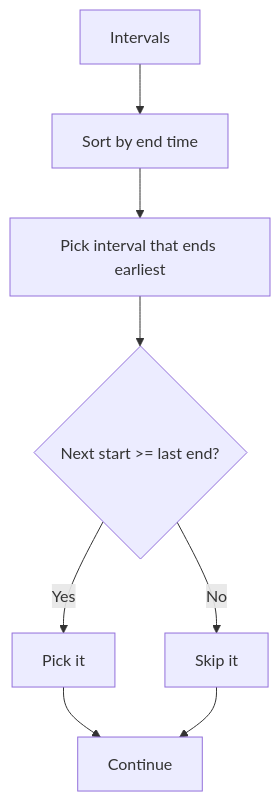
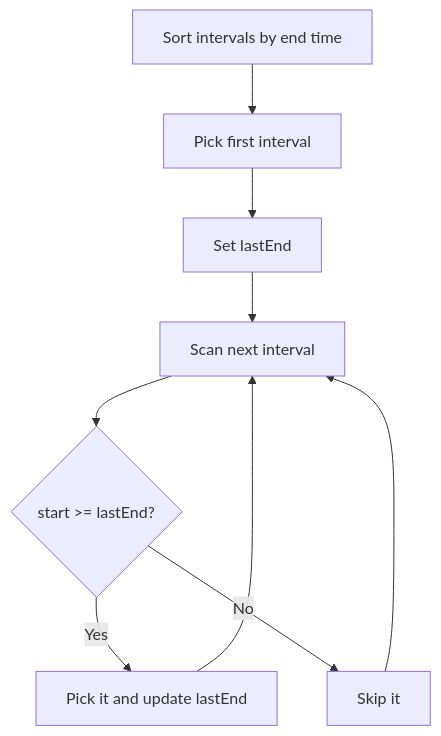
The sixth of 23 diagrams in CP_DSA_NOTES/TOPIC_WISE/greedy_patterns_visual_reference.md (mthaiseer/springcloud-systemdesign-notes), drawn with Mermaid before and after one commit. The commit also changed other lines of this file, not shown here.

````diff
--- a/CP_DSA_NOTES/TOPIC_WISE/greedy_patterns_visual_reference.md
+++ b/CP_DSA_NOTES/TOPIC_WISE/greedy_patterns_visual_reference.md
@@ -150,10 +247,11 @@
 ```mermaid
 flowchart TD
-    A[Intervals] --> B[Sort by end time]
-    B --> C[Pick interval that ends earliest]
-    C --> D{Next start >= last end?}
-    D -- Yes --> E[Pick it]
-    D -- No --> F[Skip it]
-    E --> G[Continue]
-    F --> G
+    A[Sort intervals by end time] --> B[Pick first interval]
+    B --> C[Set lastEnd]
+    C --> D[Scan next interval]
+    D --> E{start >= lastEnd?}
+    E -->|Yes| F[Pick it and update lastEnd]
+    E -->|No| G[Skip it]
+    F --> D
+    G --> D
 ```
````
